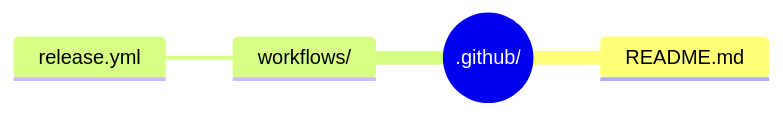
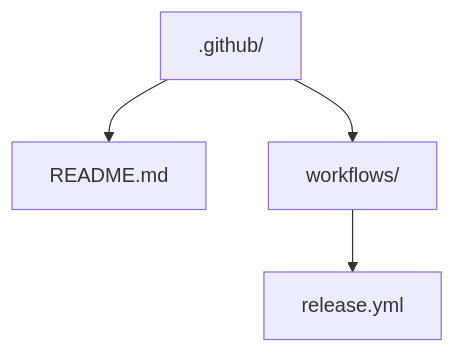
The fifth of 14 diagrams in docs/Inventory/Omniforge-Inventory.md (Runndownn/Omniforge), drawn with Mermaid before and after one commit. The commit also changed other lines of this file and 5 other files, not shown here.

````diff
--- a/docs/Inventory/Omniforge-Inventory.md
+++ b/docs/Inventory/Omniforge-Inventory.md
@@ -266,7 +266,6 @@
 ```mermaid
-mindmap
-    root((.github/))
-        README.md
-        workflows/
-            release.yml
+flowchart TD
+    GH[.github/] --> GH_README[README.md]
+    GH --> GH_WF[workflows/]
+    GH_WF --> GH_RELEASE[release.yml]
 ```
````
